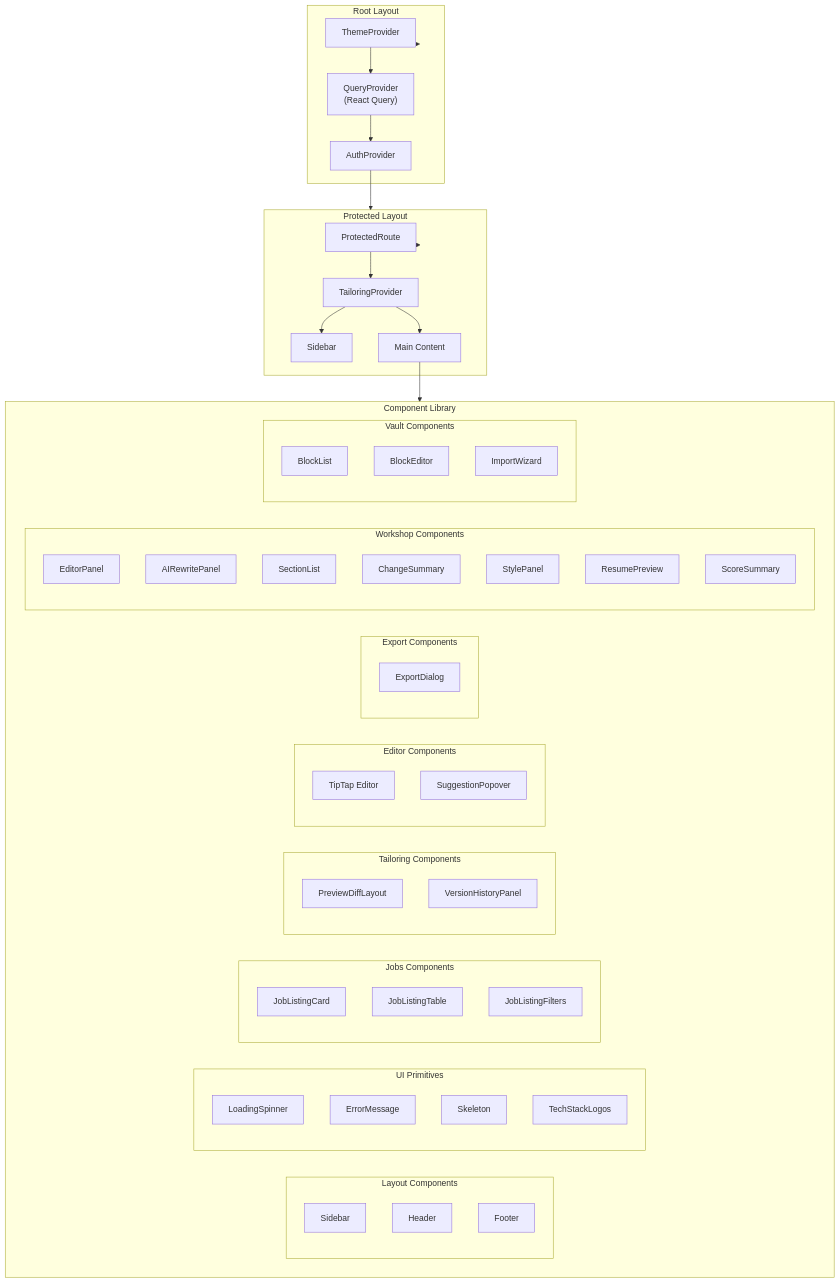
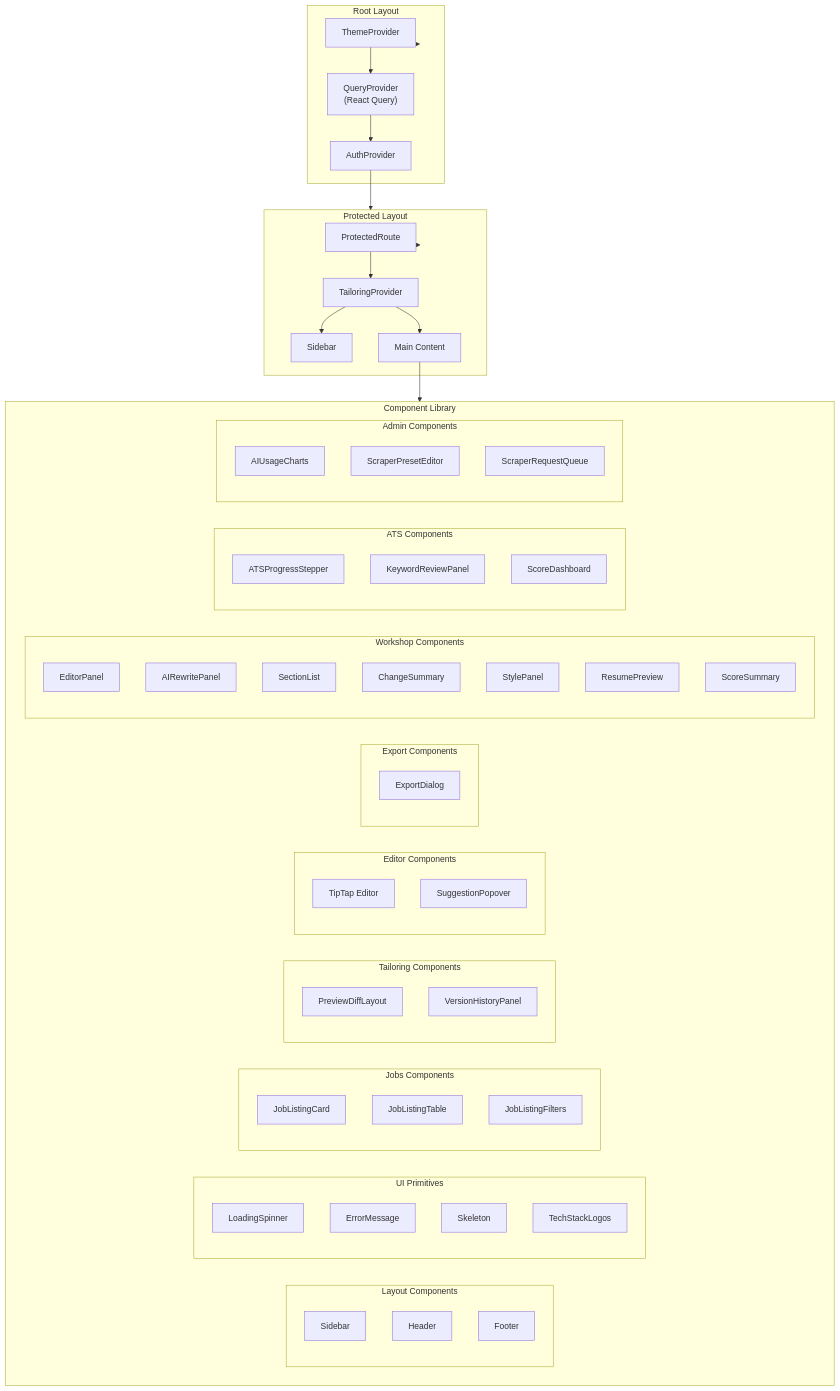
Before and after one commit to Sungchunn/AI-Resume-Tailor: diagram 18 of 33 in docs/architecture/system-architecture.md, drawn with Mermaid. The commit also changed other lines of this file, not shown here.

First line of the commit message:
docs: Refresh system-architecture to match current codebase

````diff
--- a/docs/architecture/system-architecture.md
+++ b/docs/architecture/system-architecture.md
@@ -1252,73 +1346,79 @@
 ```mermaid
 flowchart TB
     subgraph Root["Root Layout"]
         ThemeProvider["ThemeProvider"]
         QueryProvider["QueryProvider<br/>(React Query)"]
         AuthProvider["AuthProvider"]
     end
 
     subgraph Protected["Protected Layout"]
         ProtectedRoute["ProtectedRoute"]
         TailoringProvider["TailoringProvider"]
         Sidebar["Sidebar"]
         MainContent["Main Content"]
     end
 
     subgraph Components["Component Library"]
         subgraph Layout["Layout Components"]
             L1["Sidebar"]
             L2["Header"]
             L3["Footer"]
         end
 
         subgraph UI["UI Primitives"]
             U1["LoadingSpinner"]
             U2["ErrorMessage"]
             U3["Skeleton"]
             U4["TechStackLogos"]
         end
 
         subgraph Jobs_C["Jobs Components"]
             J1["JobListingCard"]
             J2["JobListingTable"]
             J3["JobListingFilters"]
         end
 
         subgraph Tailoring_C["Tailoring Components"]
             T1["PreviewDiffLayout"]
             T2["VersionHistoryPanel"]
         end
 
         subgraph Editor_C["Editor Components"]
             E1["TipTap Editor"]
             E2["SuggestionPopover"]
         end
 
         subgraph Export_C["Export Components"]
             X1["ExportDialog"]
         end
 
         subgraph Workshop_C["Workshop Components"]
             W1["EditorPanel"]
             W2["AIRewritePanel"]
             W3["SectionList"]
             W4["ChangeSummary"]
             W5["StylePanel"]
             W6["ResumePreview"]
             W7["ScoreSummary"]
         end
 
-        subgraph Vault_C["Vault Components"]
-            V1["BlockList"]
-            V2["BlockEditor"]
-            V3["ImportWizard"]
+        subgraph ATS_C["ATS Components"]
+            AT1["ATSProgressStepper"]
+            AT2["KeywordReviewPanel"]
+            AT3["ScoreDashboard"]
+        end
+
+        subgraph Admin_C["Admin Components"]
+            AD1["AIUsageCharts"]
+            AD2["ScraperPresetEditor"]
+            AD3["ScraperRequestQueue"]
         end
     end
 
     Root --> ThemeProvider --> QueryProvider --> AuthProvider
     AuthProvider --> Protected
     Protected --> ProtectedRoute --> TailoringProvider
     TailoringProvider --> Sidebar
     TailoringProvider --> MainContent
     MainContent --> Components
 ```
````
